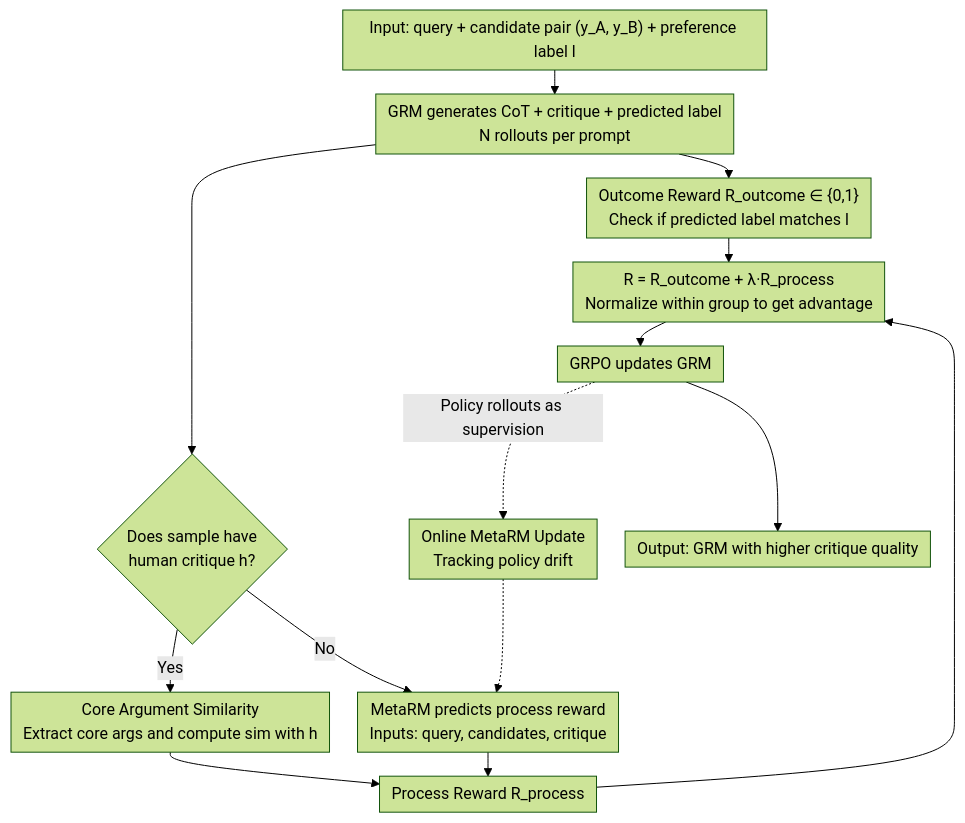
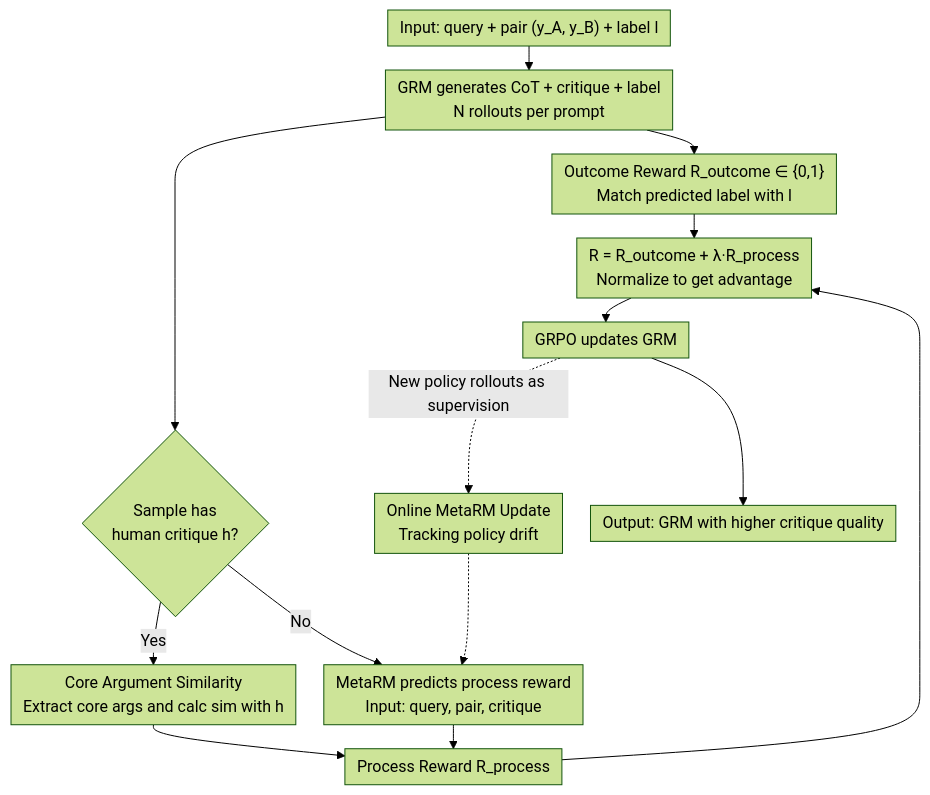
The diagram in docs/ICML2026/llm_reasoning/reward_modeling_from_natural_language_human_feedback.md (zhaoyang97/Paper-Notes-en), drawn with Mermaid (forest theme) before and after one commit. The commit also changed other lines of this file and 5084 other files, not shown here.

````diff
--- a/docs/ICML2026/llm_reasoning/reward_modeling_from_natural_language_human_feedback.md
+++ b/docs/ICML2026/llm_reasoning/reward_modeling_from_natural_language_human_feedback.md
@@ -44,16 +44,16 @@
 ```mermaid
 %%{init: {'flowchart': {'rankSpacing': 24, 'nodeSpacing': 28, 'padding': 6, 'wrappingWidth': 400}}}%%
 flowchart TD
-    A["Input: query + candidate pair (y_A, y_B) + preference label l"] --> B["GRM generates CoT + critique + predicted label<br/>N rollouts per prompt"]
-    B --> C["Outcome Reward R_outcome ∈ {0,1}<br/>Check if predicted label matches l"]
-    B --> D{Does sample have<br/>human critique h?}
-    D -->|Yes| E["Core Argument Similarity<br/>Extract core args and compute sim with h"]
-    D -->|No| F["MetaRM predicts process reward<br/>Inputs: query, candidates, critique"]
+    A["Input: query + pair (y_A, y_B) + label l"] --> B["GRM generates CoT + critique + label<br/>N rollouts per prompt"]
+    B --> C["Outcome Reward R_outcome ∈ {0,1}<br/>Match predicted label with l"]
+    B --> D{Sample has<br/>human critique h?}
+    D -->|Yes| E["Core Argument Similarity<br/>Extract core args and calc sim with h"]
+    D -->|No| F["MetaRM predicts process reward<br/>Input: query, pair, critique"]
     E --> G["Process Reward R_process"]
     F --> G
-    C & G --> H["R = R_outcome + λ·R_process<br/>Normalize within group to get advantage"]
+    C & G --> H["R = R_outcome + λ·R_process<br/>Normalize to get advantage"]
     H --> I["GRPO updates GRM"]
-    I -.->|Policy rollouts as supervision| J["Online MetaRM Update<br/>Tracking policy drift"]
+    I -.->|New policy rollouts as supervision| J["Online MetaRM Update<br/>Tracking policy drift"]
     J -.-> F
     I --> K["Output: GRM with higher critique quality"]
 ```
````
